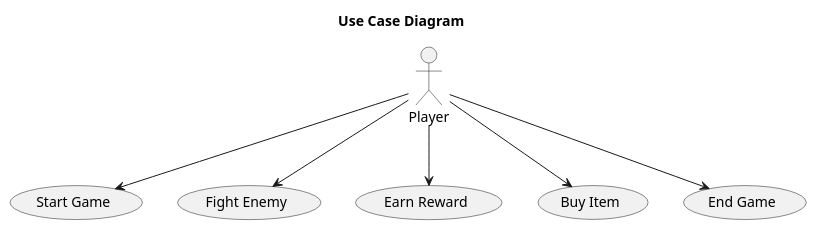
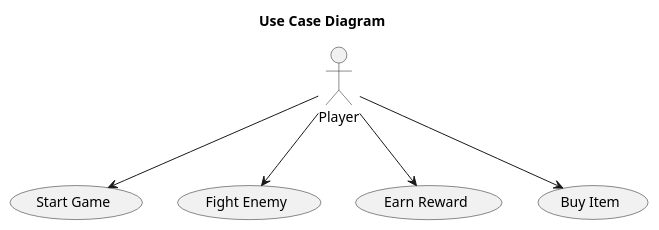
The diagram in game/uml/case.plantuml (paulconnett/oop-group-final), drawn with PlantUML before and after one commit. The commit also changed 9 other files, not shown here.

```diff
--- a/game/uml/case.plantuml
+++ b/game/uml/case.plantuml
@@ -1,17 +1,15 @@
 @startuml Case View
 title Use Case Diagram
 
 actor Player
 
 usecase "Start Game" as UC1
 usecase "Fight Enemy" as UC2
 usecase "Earn Reward" as UC3
 usecase "Buy Item" as UC4
-usecase "End Game" as UC5
 
 Player --> UC1
 Player --> UC2
 Player --> UC3
 Player --> UC4
-Player --> UC5
 @enduml
```
